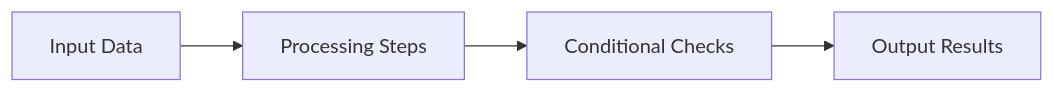
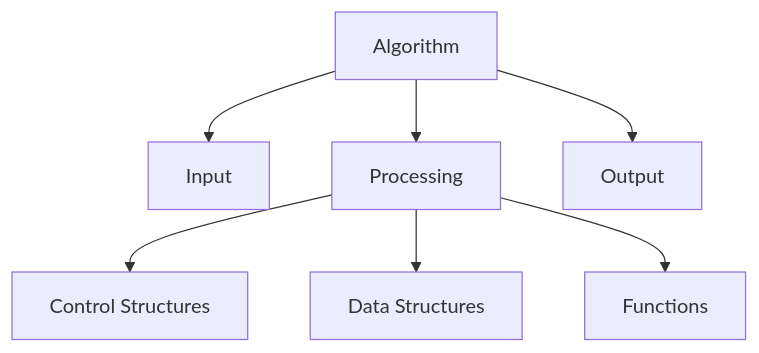
Before and after one commit to afondiel/computer-science-notebook: the diagram in core/programming/algorithms/core-concepts/algo-core-basics.md, drawn with Mermaid. The commit also changed other lines of this file and 2 other files, not shown here.

````diff
--- a/core/programming/algorithms/core-concepts/algo-core-basics.md
+++ b/core/programming/algorithms/core-concepts/algo-core-basics.md
@@ -56,6 +54,9 @@
-```mermaid
-flowchart LR
-    A[Input Data] --> B[Processing Steps]
-    B --> C[Conditional Checks]
-    C --> D[Output Results]
-```
+```mermaid  
+graph TD  
+    A[Algorithm] --> B[Input]  
+    A --> C[Processing]  
+    C --> D[Control Structures]  
+    C --> E[Data Structures]  
+    C --> F[Functions]  
+    A --> G[Output]  
+```  
````
